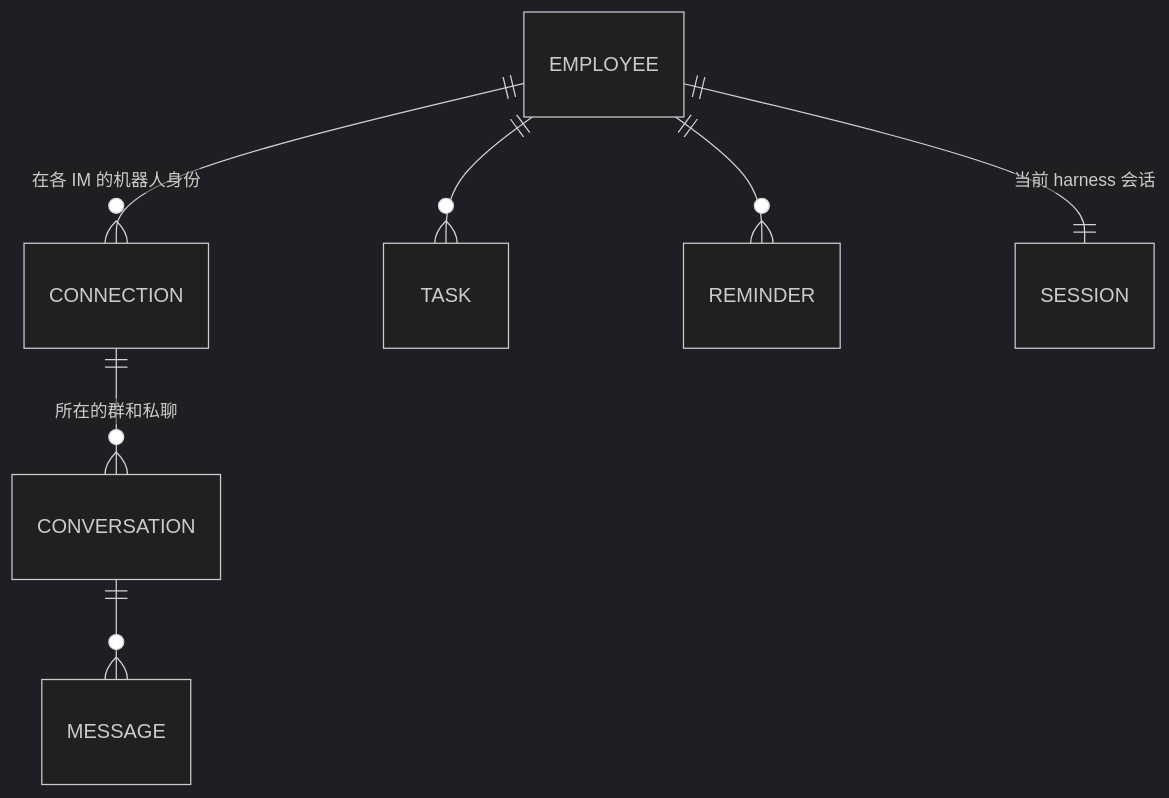
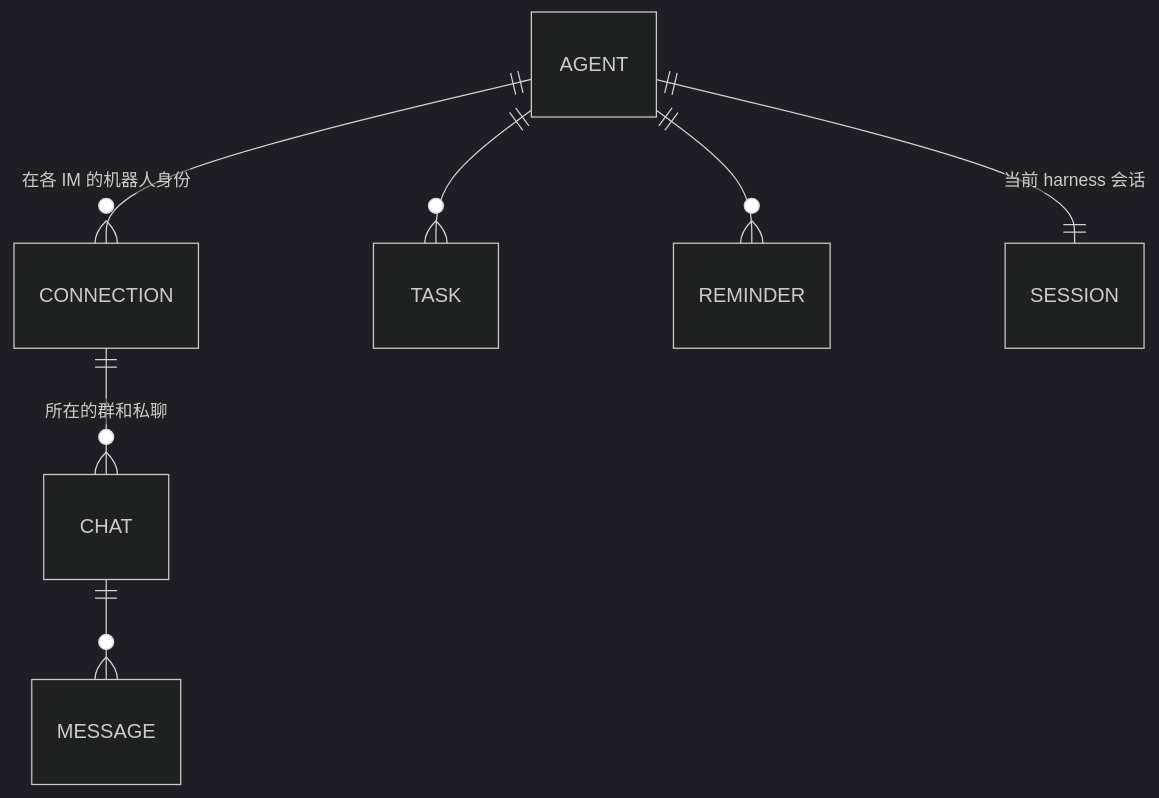
The first of 3 diagrams in docs/design.md (earayu/Mingle), drawn with Mermaid (dark theme) before and after one commit. The commit also changed other lines of this file and 3 other files, not shown here.

````diff
--- a/docs/design.md
+++ b/docs/design.md
@@ -66,9 +68,9 @@
 ```mermaid
 erDiagram
-  EMPLOYEE ||--o{ CONNECTION : "在各 IM 的机器人身份"
-  CONNECTION ||--o{ CONVERSATION : "所在的群和私聊"
-  CONVERSATION ||--o{ MESSAGE : ""
-  EMPLOYEE ||--o{ TASK : ""
-  EMPLOYEE ||--o{ REMINDER : ""
-  EMPLOYEE ||--|| SESSION : "当前 harness 会话"
+  AGENT ||--o{ CONNECTION : "在各 IM 的机器人身份"
+  CONNECTION ||--o{ CHAT : "所在的群和私聊"
+  CHAT ||--o{ MESSAGE : ""
+  AGENT ||--o{ TASK : ""
+  AGENT ||--o{ REMINDER : ""
+  AGENT ||--|| SESSION : "当前 harness 会话"
 ```
````
